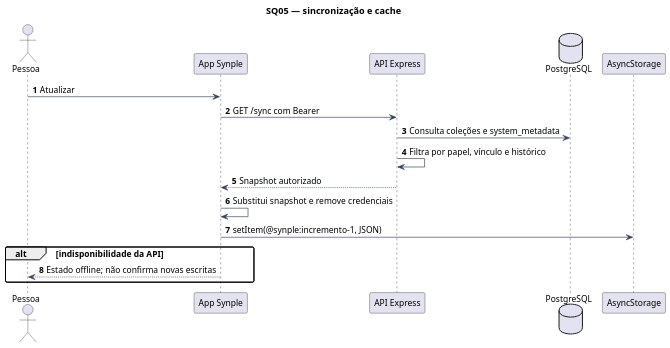
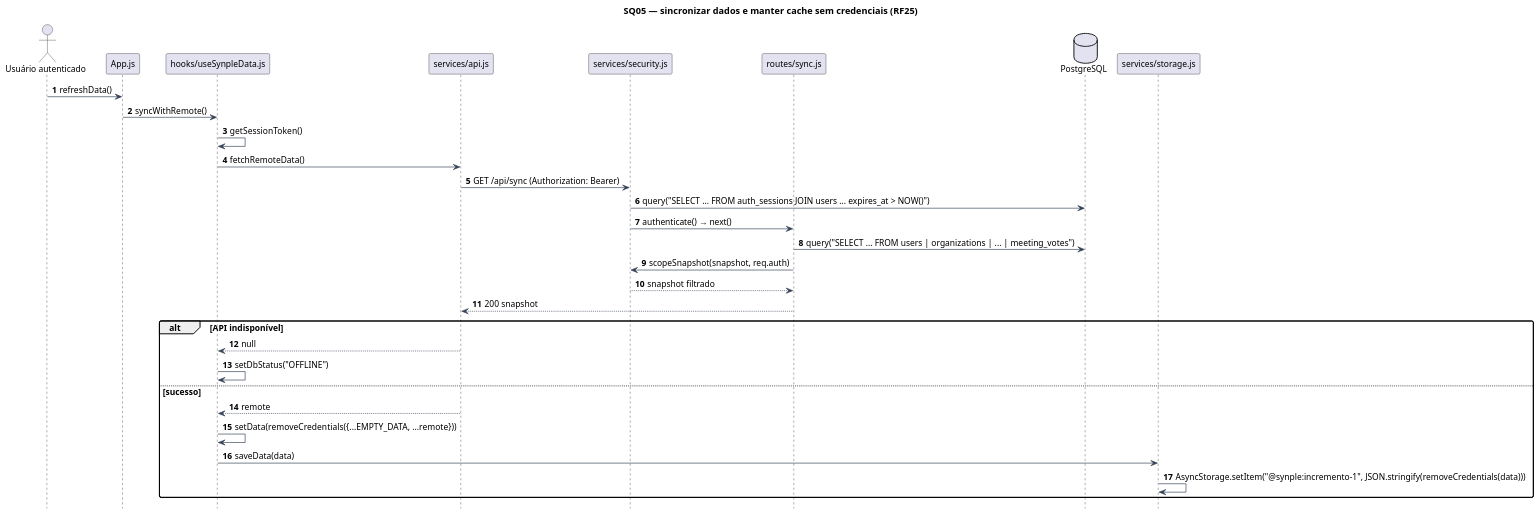
One commit to skzun/BRTPDS2 changed the diagram in docs/Diagramas/ENTREGA_DEFINITIVA/fontes/seq-sincronizacao.puml. Above: the diagram before and after it, drawn with PlantUML. The commit also changed 45 other files, not shown here.

First line of the commit message:
Corrige diagramas e documentação do Incremento 3

```diff
--- a/docs/Diagramas/ENTREGA_DEFINITIVA/fontes/seq-sincronizacao.puml
+++ b/docs/Diagramas/ENTREGA_DEFINITIVA/fontes/seq-sincronizacao.puml
@@ -1,29 +1,42 @@
 @startuml
 !pragma layout smetana
 skinparam backgroundColor white
 skinparam shadowing false
 skinparam defaultFontName SansSerif
 skinparam defaultFontSize 13
 skinparam ArrowColor #334155
-skinparam packageStyle rectangle
-skinparam classAttributeIconSize 0
 skinparam roundcorner 5
 skinparam dpi 130
-title SQ05 — sincronização e cache
+skinparam sequenceMessageAlign left
+hide footbox
 autonumber
-actor Pessoa
-participant "App Synple" as App
-participant "API Express" as API
-database PostgreSQL as DB
-participant AsyncStorage
-Pessoa -> App : Atualizar
-App -> API : GET /sync com Bearer
-API -> DB : Consulta coleções e system_metadata
-API -> API : Filtra por papel, vínculo e histórico
-API --> App : Snapshot autorizado
-App -> App : Substitui snapshot e remove credenciais
-App -> AsyncStorage : setItem(@synple:incremento-1, JSON)
-alt indisponibilidade da API
- App --> Pessoa : Estado offline; não confirma novas escritas
+title SQ05 — sincronizar dados e manter cache sem credenciais (RF25)
+actor "Usuário autenticado" as U
+participant "App.js" as App
+participant "hooks/useSynpleData.js" as Hook
+participant "services/api.js" as Api
+participant "services/security.js" as Sec
+participant "routes/sync.js" as R
+database "PostgreSQL" as DB
+participant "services/storage.js" as St
+U -> App : refreshData()
+App -> Hook : syncWithRemote()
+Hook -> Hook : getSessionToken()
+Hook -> Api : fetchRemoteData()
+Api -> Sec : GET /api/sync (Authorization: Bearer)
+Sec -> DB : query("SELECT ... FROM auth_sessions JOIN users ... expires_at > NOW()")
+Sec -> R : authenticate() → next()
+R -> DB : query("SELECT ... FROM users | organizations | ... | meeting_votes")
+R -> Sec : scopeSnapshot(snapshot, req.auth)
+Sec --> R : snapshot filtrado
+R --> Api : 200 snapshot
+alt API indisponível
+ Api --> Hook : null
+ Hook -> Hook : setDbStatus("OFFLINE")
+else sucesso
+ Api --> Hook : remote
+ Hook -> Hook : setData(removeCredentials({...EMPTY_DATA, ...remote}))
+ Hook -> St : saveData(data)
+ St -> St : AsyncStorage.setItem("@synple:incremento-1", JSON.stringify(removeCredentials(data)))
 end
 @enduml
```
